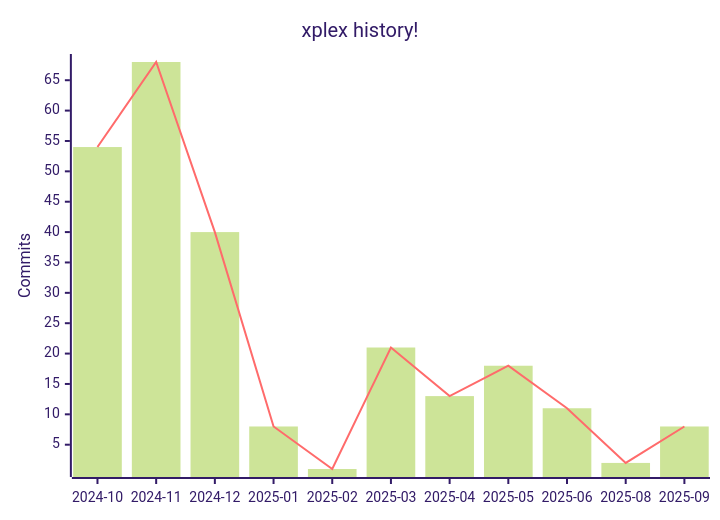
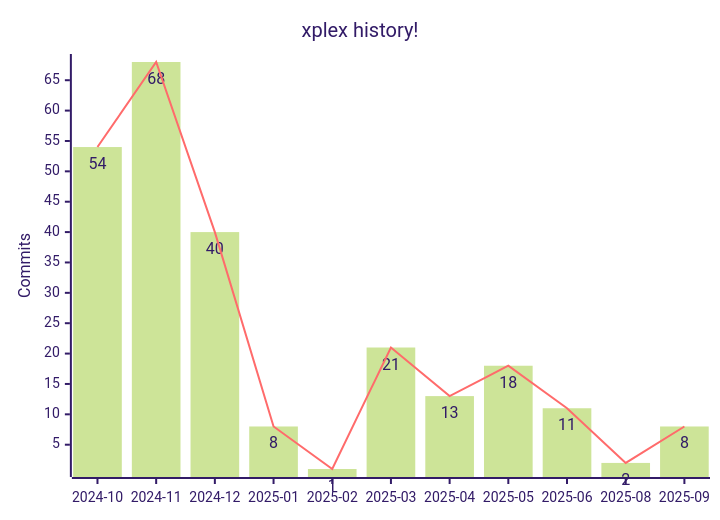
One commit to namakshenas/namakshenas changed the diagram in README.md. Above: the diagram before and after it, drawn with Mermaid (forest theme).

Commit message:
Update xplex commit history

````diff
--- a/README.md
+++ b/README.md
@@ -11,8 +11,13 @@
 ```mermaid
+---
+config:
+    xyChart:
+        showDataLabel: true
+---
 xychart
   title "xplex history!"
   x-axis ["2024-10", "2024-11", "2024-12", "2025-01", "2025-02", "2025-03", "2025-04", "2025-05", "2025-06", "2025-08", "2025-09"]
   y-axis "Commits"
   bar [54, 68, 40, 8, 1, 21, 13, 18, 11, 2, 8]
   line [54, 68, 40, 8, 1, 21, 13, 18, 11, 2, 8]
 ```
````
